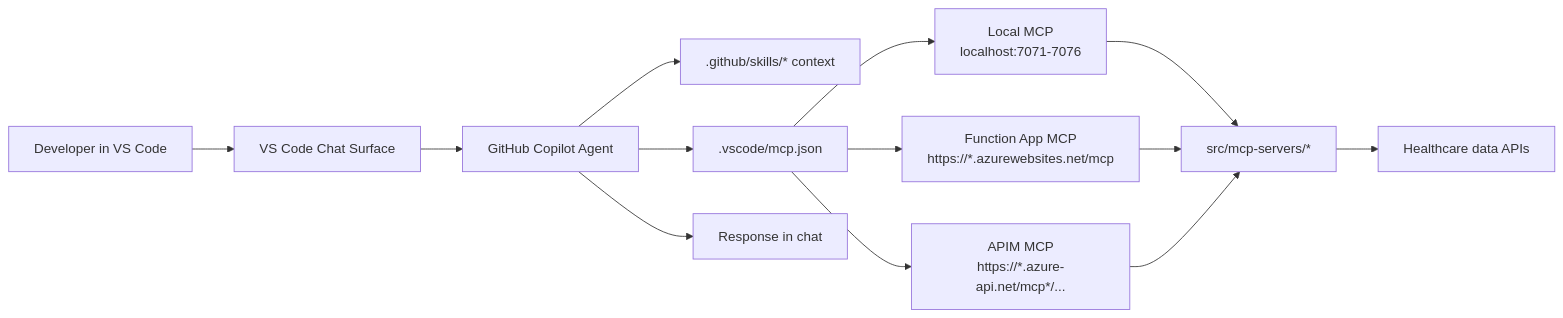
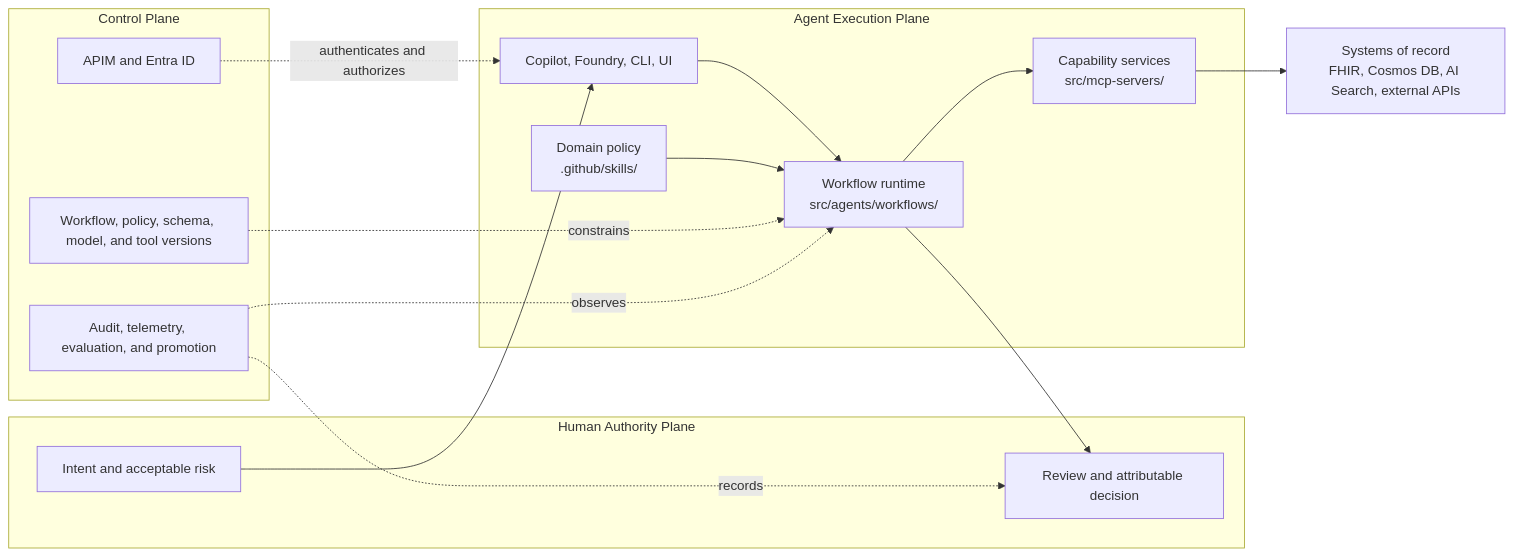
One commit to jkarasha/Azure-Healthcare-Marketplace-Demo changed the first of 8 diagrams in docs/SKILLS-FLOW-MAP.md. Above: the diagram before and after it, drawn with Mermaid. The commit also changed other lines of this file, not shown here.

First line of the commit message:
docs: map workflows to production agent planes

````diff
--- a/docs/SKILLS-FLOW-MAP.md
+++ b/docs/SKILLS-FLOW-MAP.md
@@ -7,15 +8,34 @@
 ```mermaid
 flowchart LR
-    U["Developer in VS Code"] --> VSC["VS Code Chat Surface"]
-    VSC --> LM["GitHub Copilot Agent"]
-    LM --> SK[".github/skills/* context"]
-    LM --> M[".vscode/mcp.json"]
-    M --> L["Local MCP<br/>localhost:7071-7076"]
-    M --> F["Function App MCP<br/>https://*.azurewebsites.net/mcp"]
-    M --> A["APIM MCP<br/>https://*.azure-api.net/mcp*/..."]
-    L --> X[src/mcp-servers/*]
-    F --> X
-    A --> X
-    X --> E["Healthcare data APIs"]
-    LM --> R1["Response in chat"]
+    subgraph HUMAN["Human Authority Plane"]
+        H1["Intent and acceptable risk"]
+        H2["Review and attributable decision"]
+    end
+
+    subgraph EXEC["Agent Execution Plane"]
+        SURFACE["Copilot, Foundry, CLI, UI"]
+        SKILLS["Domain policy<br/>.github/skills/"]
+        RUNTIME["Workflow runtime<br/>src/agents/workflows/"]
+        MCP["Capability services<br/>src/mcp-servers/"]
+    end
+
+    subgraph CONTROL["Control Plane"]
+        APIM["APIM and Entra ID"]
+        VERSIONS["Workflow, policy, schema, model, and tool versions"]
+        EVALS["Audit, telemetry, evaluation, and promotion"]
+    end
+
+    RECORDS["Systems of record<br/>FHIR, Cosmos DB, AI Search, external APIs"]
+
+    H1 --> SURFACE
+    SURFACE --> RUNTIME
+    SKILLS --> RUNTIME
+    RUNTIME --> MCP
+    MCP --> RECORDS
+    RUNTIME --> H2
+
+    APIM -. authenticates and authorizes .-> SURFACE
+    VERSIONS -. constrains .-> RUNTIME
+    EVALS -. observes .-> RUNTIME
+    EVALS -. records .-> H2
 ```
````
